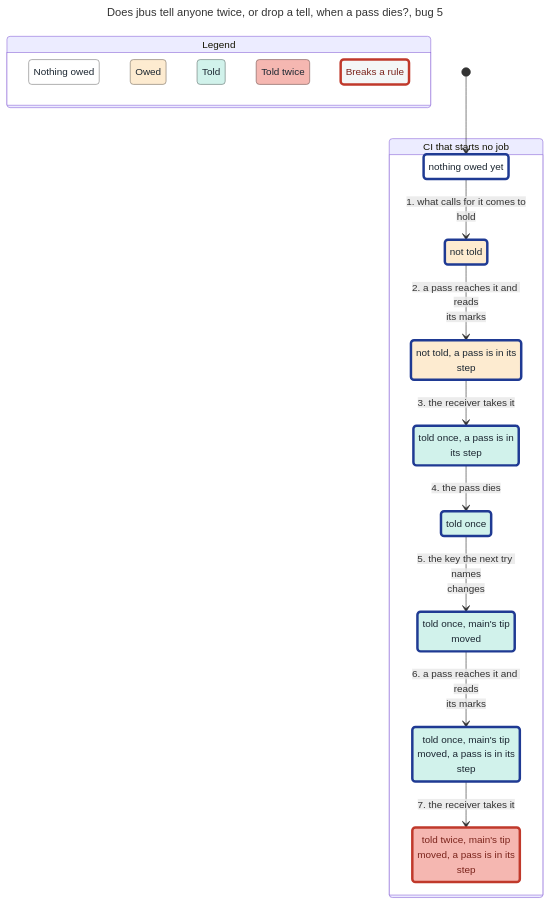
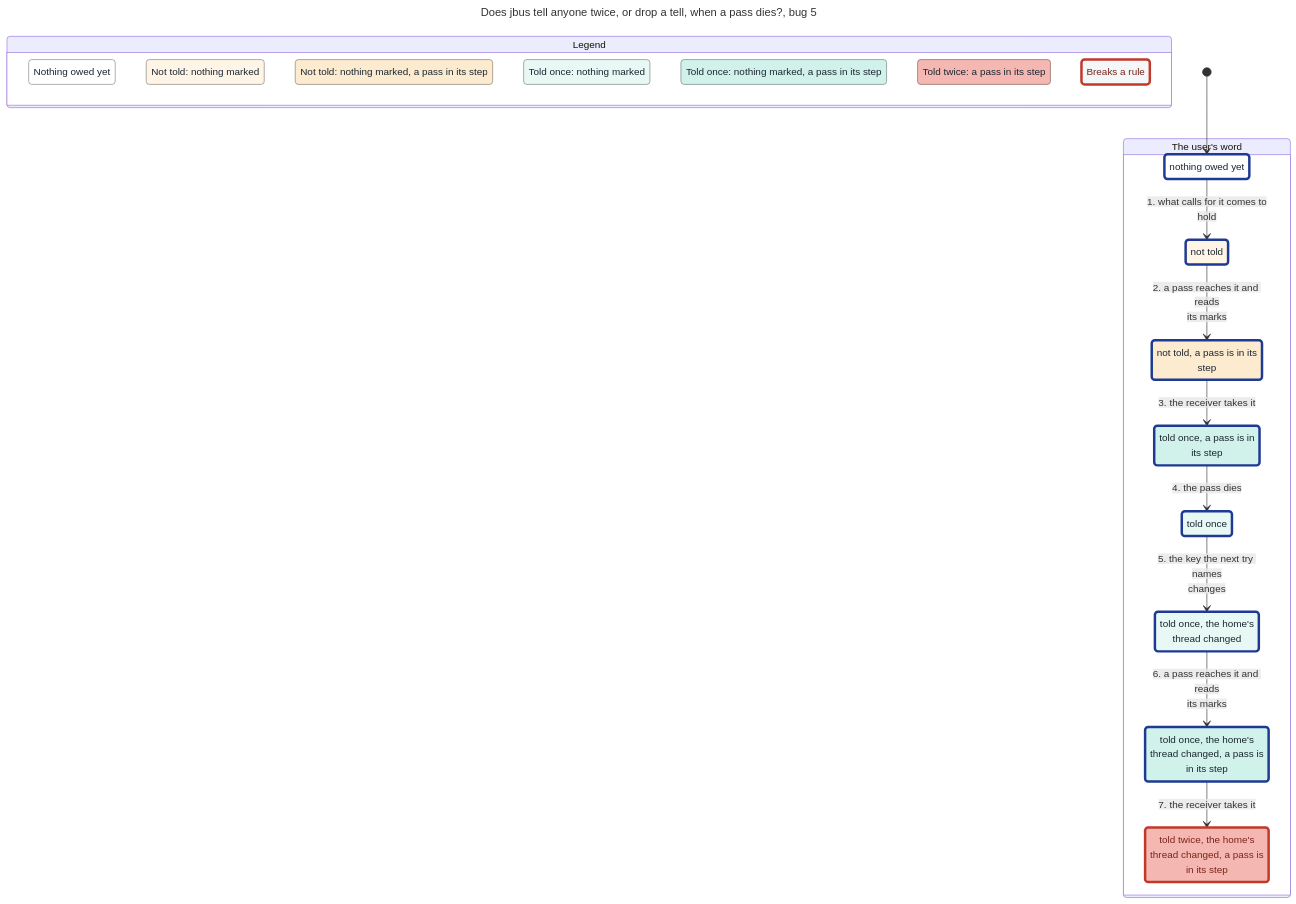
One commit to JoshuaHayesWasHere/jstack changed the diagram in features/jbus/spec/TellOnce-statechart/bug-5.mmd. Above: the diagram before and after it, drawn with Mermaid. The commit also changed 21 other files, not shown here.

First line of the commit message:
feat(statechart): TellOnce's chart splits off the ask owed after a limit, and groups each state by where its tell stands, at most 15 to a group

```diff
--- a/features/jbus/spec/TellOnce-statechart/bug-5.mmd
+++ b/features/jbus/spec/TellOnce-statechart/bug-5.mmd
@@ -1,55 +1,63 @@
 ---
 title: "Does jbus tell anyone twice, or drop a tell, when a pass dies?, bug 5"
 config:
   markdownAutoWrap: false
   state:
     useMaxWidth: false
 ---
 stateDiagram-v2
   classDef plainWrong fill:#f4f6f7,stroke:#c0392b,stroke-width:4px,color:#7b241c
   classDef group0 fill:#ffffff,stroke:#808080,color:#1b2631
   classDef group0Path fill:#ffffff,stroke:#1f3a93,stroke-width:4px,color:#1b2631
-  classDef group1 fill:#fdebd0,stroke:#7f7668,color:#1b2631
-  classDef group1Path fill:#fdebd0,stroke:#1f3a93,stroke-width:4px,color:#1b2631
-  classDef group2 fill:#d1f2eb,stroke:#697976,color:#1b2631
-  classDef group2Path fill:#d1f2eb,stroke:#1f3a93,stroke-width:4px,color:#1b2631
-  classDef group3 fill:#f5b7b1,stroke:#7b5c59,color:#1b2631
-  classDef group3Wrong fill:#f5b7b1,stroke:#c0392b,stroke-width:4px,color:#7b241c
+  classDef group1 fill:#fef5e7,stroke:#7f7b74,color:#1b2631
+  classDef group1Path fill:#fef5e7,stroke:#1f3a93,stroke-width:4px,color:#1b2631
+  classDef group2 fill:#fdebd0,stroke:#7f7668,color:#1b2631
+  classDef group2Path fill:#fdebd0,stroke:#1f3a93,stroke-width:4px,color:#1b2631
+  classDef group5 fill:#e8f8f5,stroke:#747c7b,color:#1b2631
+  classDef group5Path fill:#e8f8f5,stroke:#1f3a93,stroke-width:4px,color:#1b2631
+  classDef group6 fill:#d1f2eb,stroke:#697976,color:#1b2631
+  classDef group6Path fill:#d1f2eb,stroke:#1f3a93,stroke-width:4px,color:#1b2631
+  classDef group12 fill:#f5b7b1,stroke:#7b5c59,color:#1b2631
+  classDef group12Wrong fill:#f5b7b1,stroke:#c0392b,stroke-width:4px,color:#7b241c
   state "Legend" as legend {
-    state "Nothing owed" as legendGroup0
-    state "Owed" as legendGroup1
-    state "Told" as legendGroup2
-    state "Told twice" as legendGroup3
+    state "Nothing owed yet" as legendGroup0
+    state "Not told: nothing marked" as legendGroup1
+    state "Not told: nothing marked, a pass in its step" as legendGroup2
+    state "Told once: nothing marked" as legendGroup5
+    state "Told once: nothing marked, a pass in its step" as legendGroup6
+    state "Told twice: a pass in its step" as legendGroup12
     state "Breaks a rule" as legendWrong
   }
   class legendGroup0 group0
   class legendGroup1 group1
   class legendGroup2 group2
-  class legendGroup3 group3
+  class legendGroup5 group5
+  class legendGroup6 group6
+  class legendGroup12 group12
   class legendWrong plainWrong
-  state "CI that starts no job" as g0 {
+  state "The user's word" as g0 {
     state "not told" as s0
     state "not told, a pass is in its<br/>step" as s1
     state "nothing owed yet" as s2
     state "told once" as s3
     state "told once, a pass is in<br/>its step" as s4
-    state "told once, main's tip<br/>moved" as s5
-    state "told once, main's tip<br/>moved, a pass is in its<br/>step" as s6
-    state "told twice, main's tip<br/>moved, a pass is in its<br/>step" as s7
+    state "told once, the home's<br/>thread changed" as s5
+    state "told once, the home's<br/>thread changed, a pass is<br/>in its step" as s6
+    state "told twice, the home's<br/>thread changed, a pass is<br/>in its step" as s7
   }
   [*] --> s2
   s2 --> s0 : 1. what calls for it comes to<br/>hold
   s0 --> s1 : 2. a pass reaches it and reads<br/>its marks
   s1 --> s4 : 3. the receiver takes it
   s4 --> s3 : 4. the pass dies
   s3 --> s5 : 5. the key the next try names<br/>changes
   s5 --> s6 : 6. a pass reaches it and reads<br/>its marks
   s6 --> s7 : 7. the receiver takes it
   class s0 group1Path
-  class s1 group1Path
+  class s1 group2Path
   class s2 group0Path
-  class s3 group2Path
-  class s4 group2Path
-  class s5 group2Path
-  class s6 group2Path
-  class s7 group3Wrong
+  class s3 group5Path
+  class s4 group6Path
+  class s5 group5Path
+  class s6 group6Path
+  class s7 group12Wrong
```
